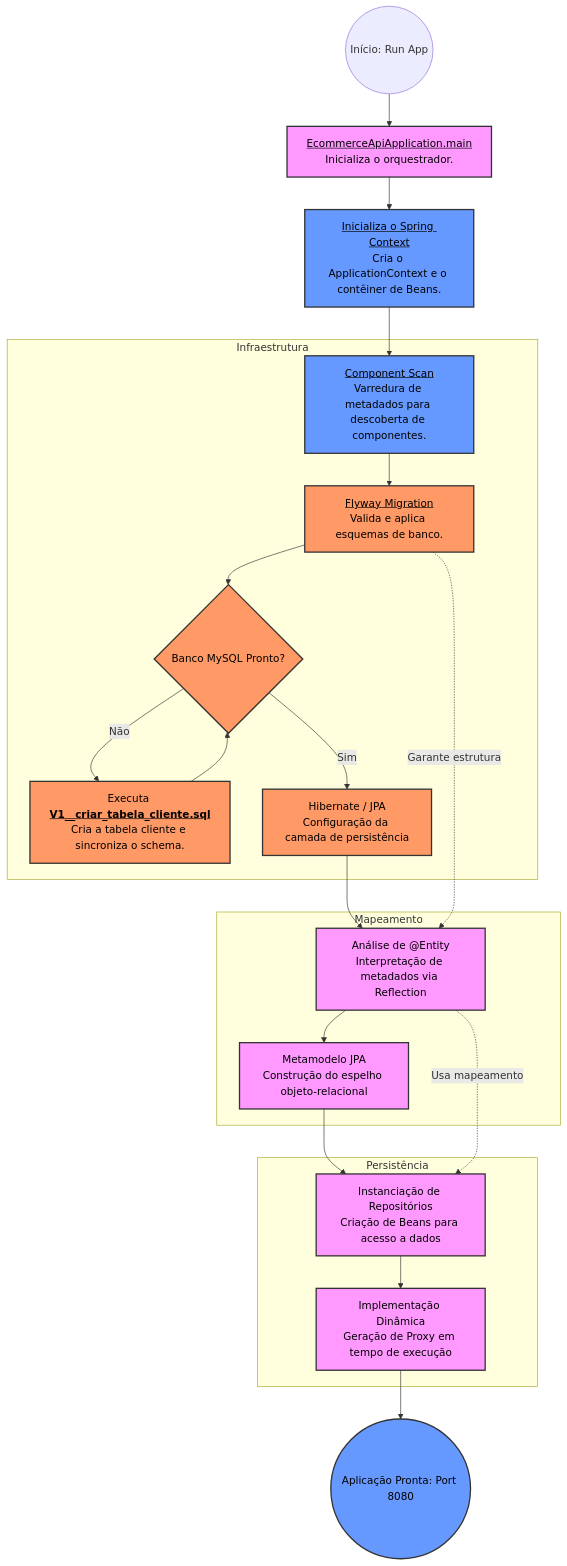
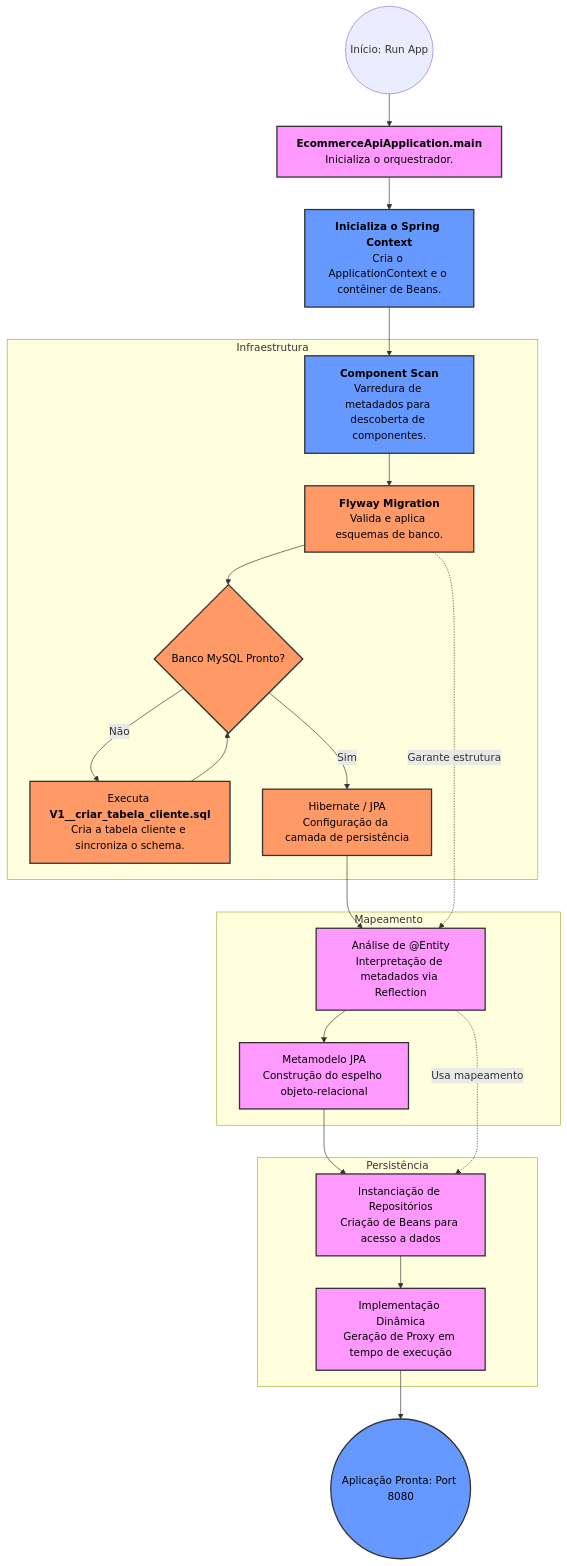
One commit to ahaerdy/ecommerce-api changed the diagram in docs/project_log.md. Above: the diagram before and after it, drawn with Mermaid.

Commit message:
docs(log): ajustar formatação dos nós no diagrama mermaid

````diff
--- a/docs/project_log.md
+++ b/docs/project_log.md
@@ -480,37 +480,37 @@
 ```mermaid
 graph TD
     %% Estilo dos nós (Texto preto para legibilidade)
     classDef main fill:#f9f,stroke:#333,stroke-width:2px,color:#000;
     classDef spring fill:#69f,stroke:#333,stroke-width:2px,color:#000;
     classDef infra fill:#f96,stroke:#333,stroke-width:2px,color:#000;
     classDef logic fill:#f9f,stroke:#333,stroke-width:2px,color:#000;
 
-    Start((Início: Run App)) --> Main["<u>EcommerceApiApplication.main</u><br/>Inicializa o orquestrador."]:::main
+    Start((Início: Run App)) --> Main["<strong>EcommerceApiApplication.main</strong><br/>Inicializa o orquestrador."]:::main
 
-    Main --> Init["<u>Inicializa o Spring Context</u><br/>Cria o ApplicationContext e o contêiner de Beans."]:::spring
-    Init --> Scan["<u>Component Scan</u><br/>Varredura de metadados para descoberta de componentes."]:::spring
+    Main --> Init["<strong>Inicializa o Spring Context</strong><br/>Cria o ApplicationContext e o contêiner de Beans."]:::spring
+    Init --> Scan["<strong>Component Scan</strong><br/>Varredura de metadados para descoberta de componentes."]:::spring
 
     subgraph Infraestrutura
-    Scan --> Flyway["<u>Flyway Migration</u><br/>Valida e aplica esquemas de banco."]:::infra
+    Scan --> Flyway["<strong>Flyway Migration</strong><br/>Valida e aplica esquemas de banco."]:::infra
     Flyway --> DB{Banco MySQL Pronto?}:::infra
-    DB -- Não --> Migrate["Executa <u><strong>V1__criar_tabela_cliente.sql</strong></u><br/>Cria a tabela cliente e sincroniza o schema."]:::infra
+    DB -- Não --> Migrate["Executa <strong>V1__criar_tabela_cliente.sql</strong><br/>Cria a tabela cliente e sincroniza o schema."]:::infra
     Migrate --> DB
     DB -- Sim --> Hibernate["Hibernate / JPA<br/>Configuração da camada de persistência"]:::infra
     end
 
     subgraph Mapeamento
     Hibernate --> Entity["Análise de @Entity<br/>Interpretação de metadados via Reflection"]:::logic
     Entity --> Meta["Metamodelo JPA<br/>Construção do espelho objeto-relacional"]:::logic
     end
 
     subgraph Persistência
     Meta --> Repo["Instanciação de Repositórios<br/>Criação de Beans para acesso a dados"]:::logic
     Repo --> Proxy["Implementação Dinâmica<br/>Geração de Proxy em tempo de execução"]:::logic
     end
 
     Proxy --> Ready((Aplicação Pronta: Port 8080)):::spring
 
     %% Conexões de dependência
     Entity -.->|Usa mapeamento| Repo
     Flyway -.->|Garante estrutura| Entity
 ```
````
